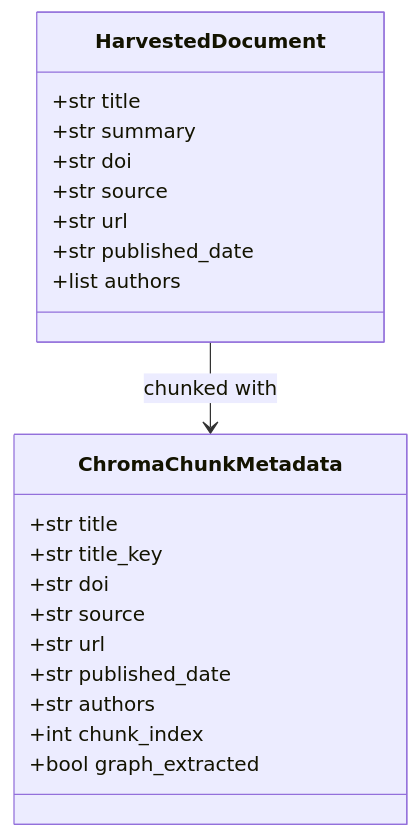
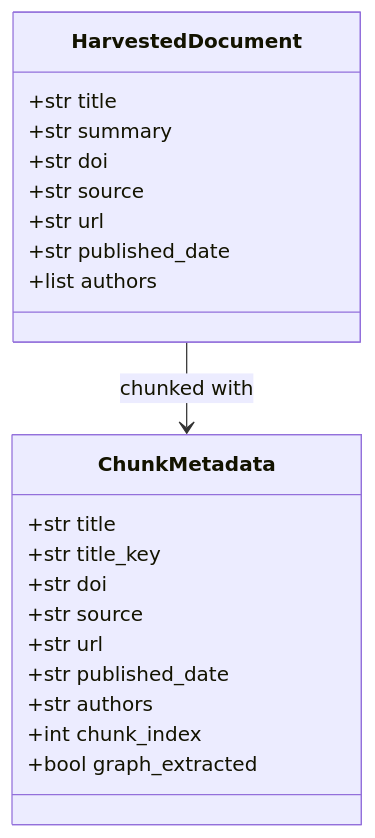
Diagram 12 of 27 in README.md (Rahul-8283/AURA_Data_Driven), drawn with Mermaid before and after one commit. The commit also changed other lines of this file and 3 other files, not shown here.

First line of the commit message:
docs: document pgvector storage and remove ChromaDB references

````diff
--- a/README.md
+++ b/README.md
@@ -582,24 +579,24 @@
 ```mermaid
 classDiagram
     class HarvestedDocument {
         +str title
         +str summary
         +str doi
         +str source
         +str url
         +str published_date
         +list authors
     }
-    class ChromaChunkMetadata {
+    class ChunkMetadata {
         +str title
         +str title_key
         +str doi
         +str source
         +str url
         +str published_date
         +str authors
         +int chunk_index
         +bool graph_extracted
     }
-    HarvestedDocument --> ChromaChunkMetadata : chunked with
+    HarvestedDocument --> ChunkMetadata : chunked with
 ```
````
